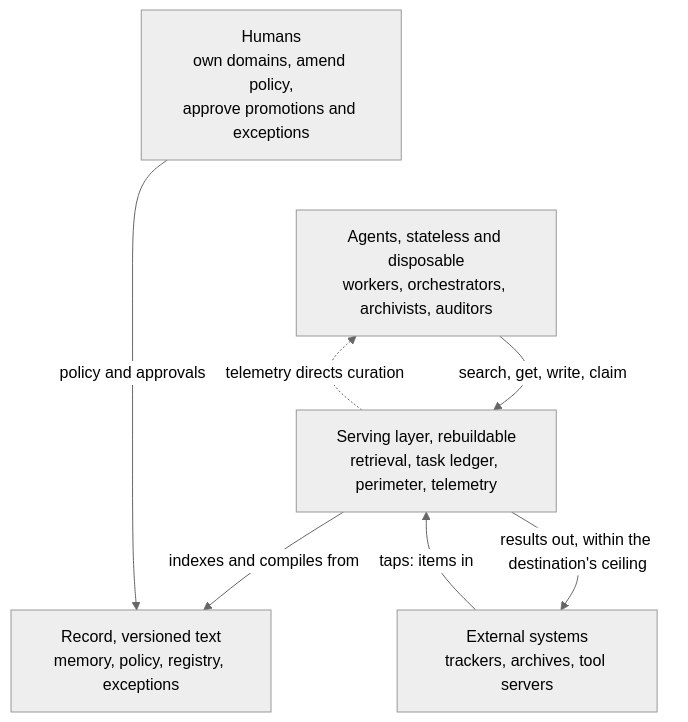
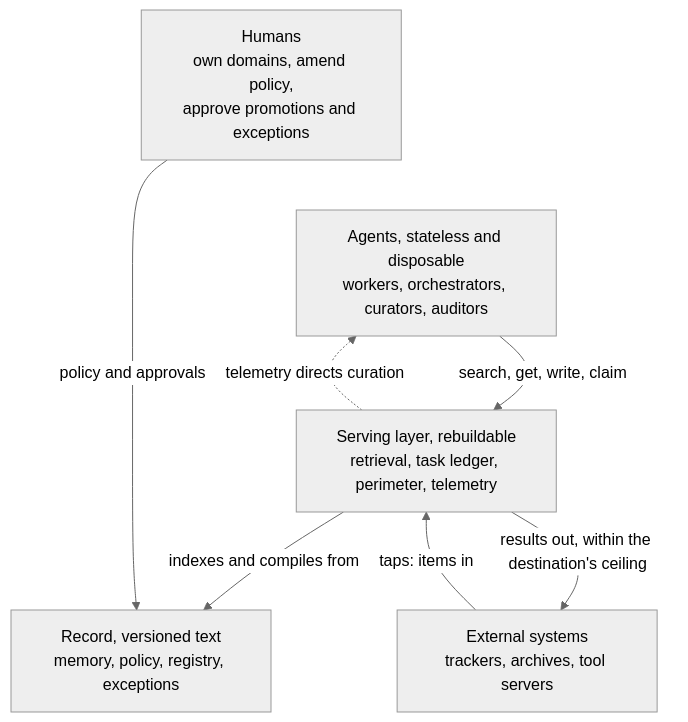
One commit to apache/tooling-memory changed the first of 6 diagrams in docs/durable-memory-for-disposable-agents.md. Above: the diagram before and after it, drawn with Mermaid (neutral theme). The commit also changed other lines of this file and 1 other file, not shown here.

````diff
--- a/docs/durable-memory-for-disposable-agents.md
+++ b/docs/durable-memory-for-disposable-agents.md
@@ -51,16 +51,16 @@
 ```mermaid
 flowchart TB
     HUM["Humans<br/>own domains, amend policy,<br/>approve promotions and exceptions"]
-    AGT["Agents, stateless and disposable<br/>workers, orchestrators, archivists, auditors"]
+    AGT["Agents, stateless and disposable<br/>workers, orchestrators, curators, auditors"]
     SRV["Serving layer, rebuildable<br/>retrieval, task ledger, perimeter, telemetry"]
     REC["Record, versioned text<br/>memory, policy, registry, exceptions"]
     EXT["External systems<br/>trackers, archives, tool servers"]
 
     HUM ~~~ AGT
     AGT -->|"search, get, write, claim"| SRV
     SRV -->|"indexes and compiles from"| REC
     HUM -->|"policy and approvals"| REC
     SRV -.->|"telemetry directs curation"| AGT
     EXT -->|"taps: items in"| SRV
     SRV -->|"results out, within the destination's ceiling"| EXT
 ```
````
